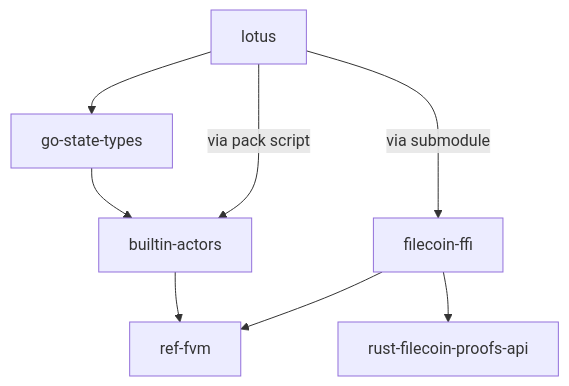
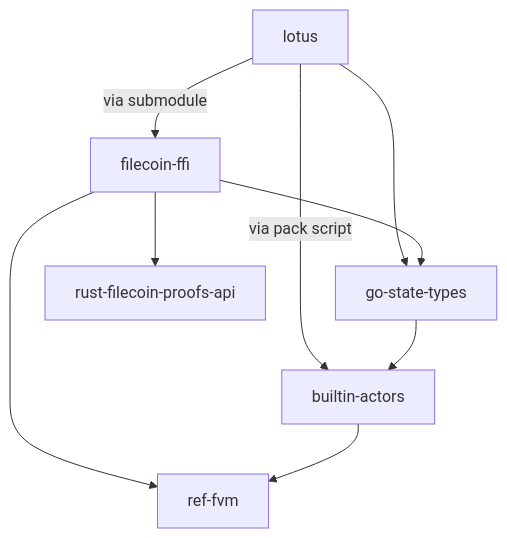
One commit to filecoin-project/lotus changed the diagram in documentation/misc/Building_a_network_skeleton.md. Above: the diagram before and after it, drawn with Mermaid. The commit also changed other lines of this file, not shown here.

Commit message:
Added go-state-types back in as a dependency of ffi.

````diff
--- a/documentation/misc/Building_a_network_skeleton.md
+++ b/documentation/misc/Building_a_network_skeleton.md
@@ -26,20 +26,21 @@
 ```mermaid
 graph TD
     lotus[lotus]
     ffi[filecoin-ffi]
     gst[go-state-types]
     ba[builtin-actors]
     fvm[ref-fvm]
     proofs[rust-filecoin-proofs-api]
 
     lotus -->gst
     lotus -->|via submodule| ffi
     lotus -->|via pack script| ba
 
     gst --> ba
 
     ffi --> fvm
     ffi --> proofs
+    ffi --> gst
 
     ba --> fvm
 ```
````
